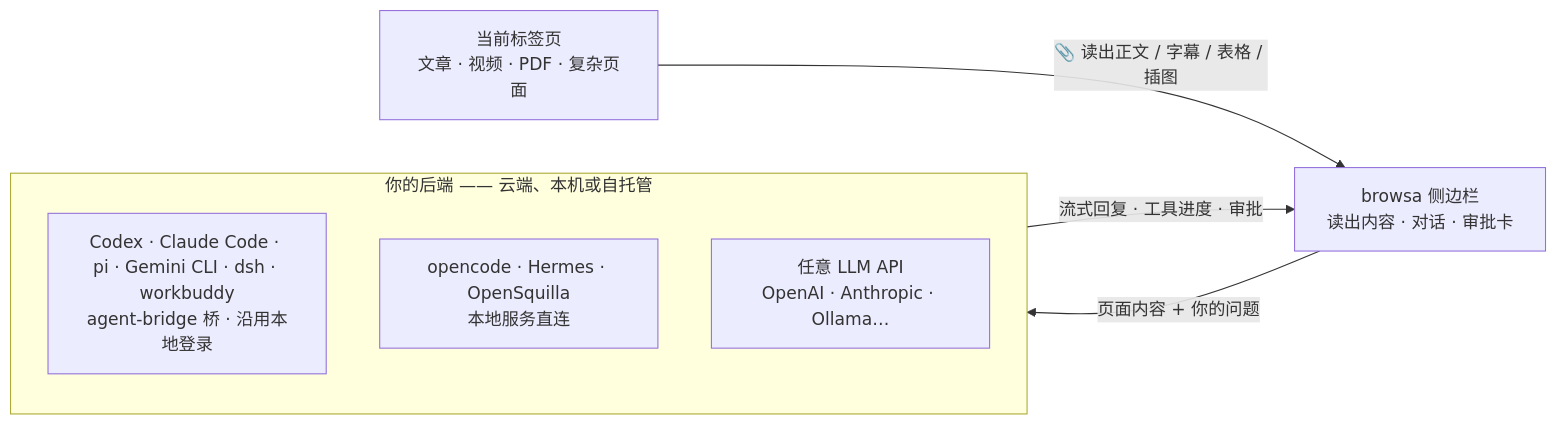
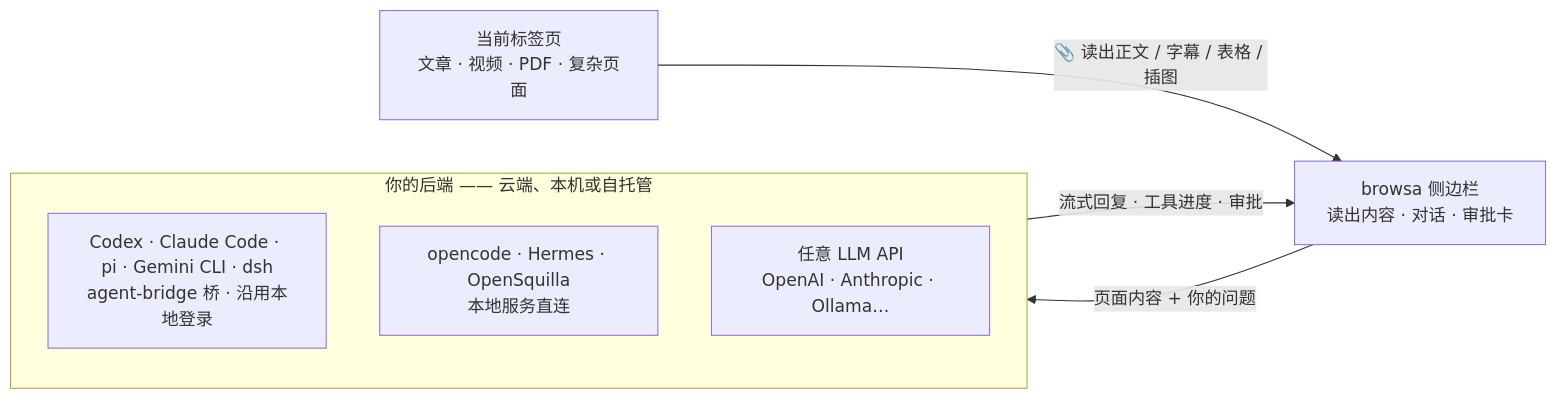
One commit to xiaohuzai/browsa changed the diagram in README.md. Above: the diagram before and after it, drawn with Mermaid. The commit also changed other lines of this file and 35 other files, not shown here.

First line of the commit message:
feat(attach): 知乎/掘金/极客时间/雪球配图接通 [图N] 管线；workbuddy 全线移除 (#250)

````diff
--- a/README.md
+++ b/README.md
@@ -64,13 +63,13 @@
 ```mermaid
 flowchart LR
     P["当前标签页<br/>文章 · 视频 · PDF · 复杂页面"]
     B["browsa 侧边栏<br/>读出内容 · 对话 · 审批卡"]
     subgraph Y["你的后端 —— 云端、本机或自托管"]
-        A1["Codex · Claude Code · pi · Gemini CLI · dsh · workbuddy<br/>agent-bridge 桥 · 沿用本地登录"]
+        A1["Codex · Claude Code · pi · Gemini CLI · dsh<br/>agent-bridge 桥 · 沿用本地登录"]
         A2["opencode · Hermes · OpenSquilla<br/>本地服务直连"]
         A3["任意 LLM API<br/>OpenAI · Anthropic · Ollama…"]
     end
     P -->|"📎 读出正文 / 字幕 / 表格 / 插图"| B
     B -->|"页面内容 + 你的问题"| Y
     Y -->|"流式回复 · 工具进度 · 审批"| B
 ```
````
